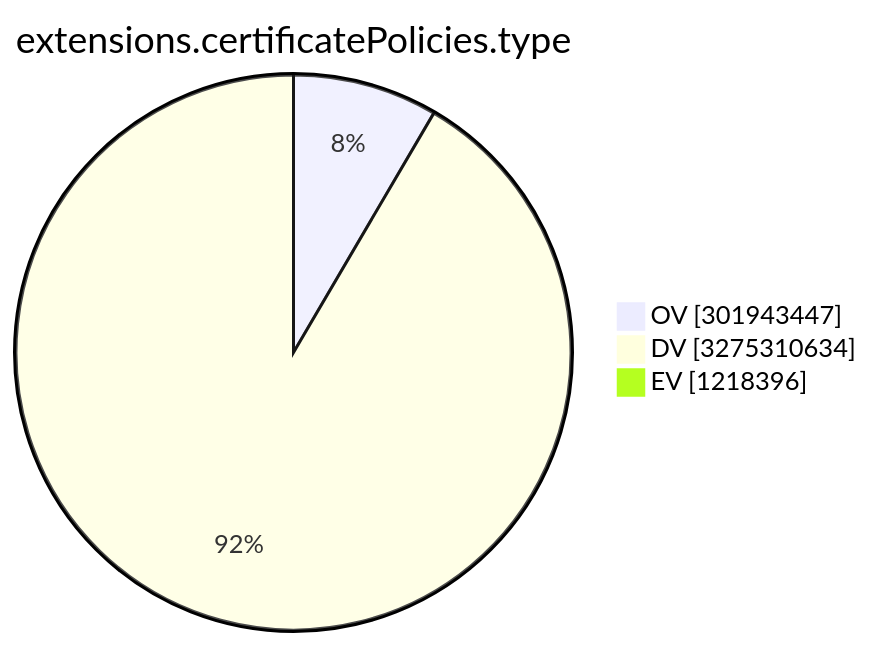
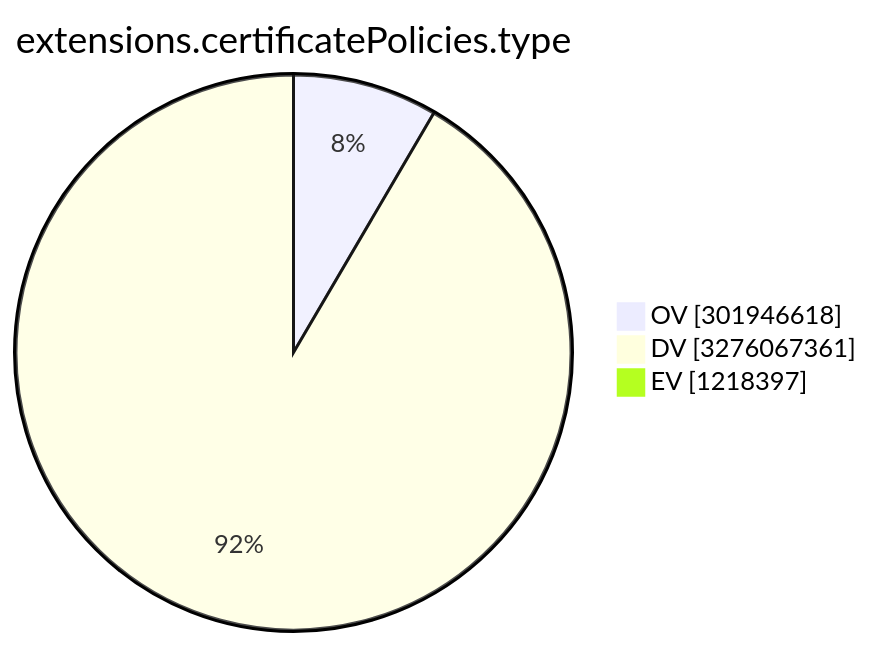
Before and after one commit to christiankrug/ctmonitor_visualization: the ninth of 15 diagrams in TOTAL/README.md, drawn with Mermaid. The commit also changed other lines of this file, not shown here.

````diff
--- a/TOTAL/README.md
+++ b/TOTAL/README.md
@@ -3107,7 +3107,7 @@
 ```mermaid
 pie showData
 title extensions.certificatePolicies.type
-"OV" :301943447
-"DV" :3275310634
-"EV" :1218396
+"OV" :301946618
+"DV" :3276067361
+"EV" :1218397
 ```
````
